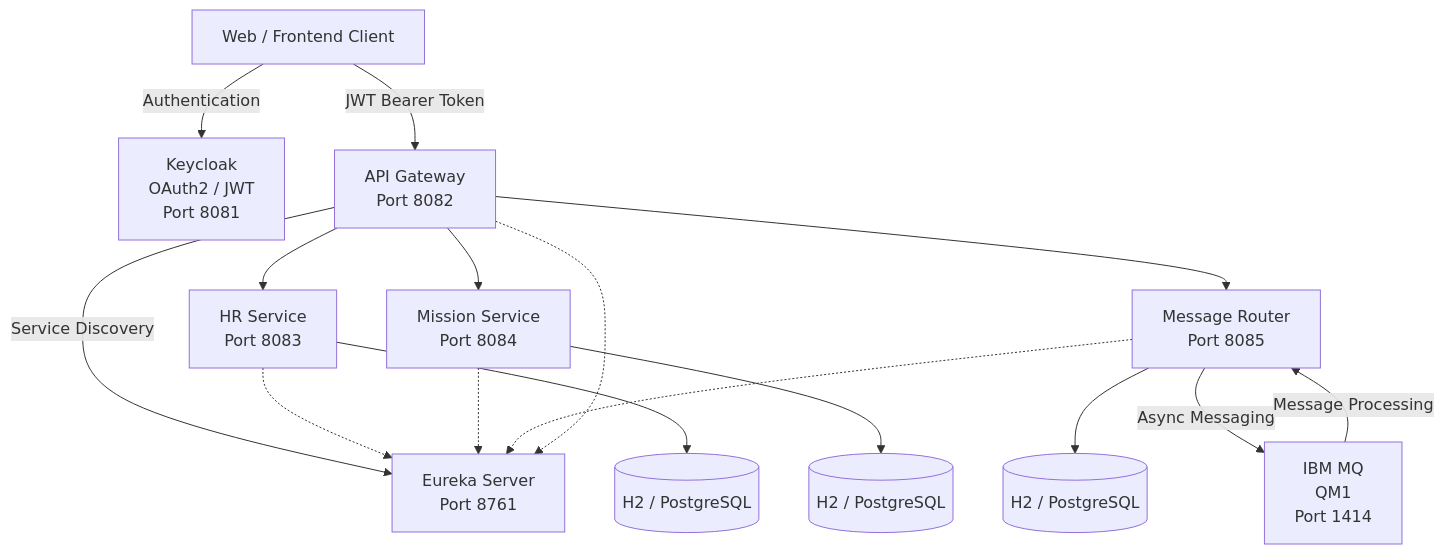
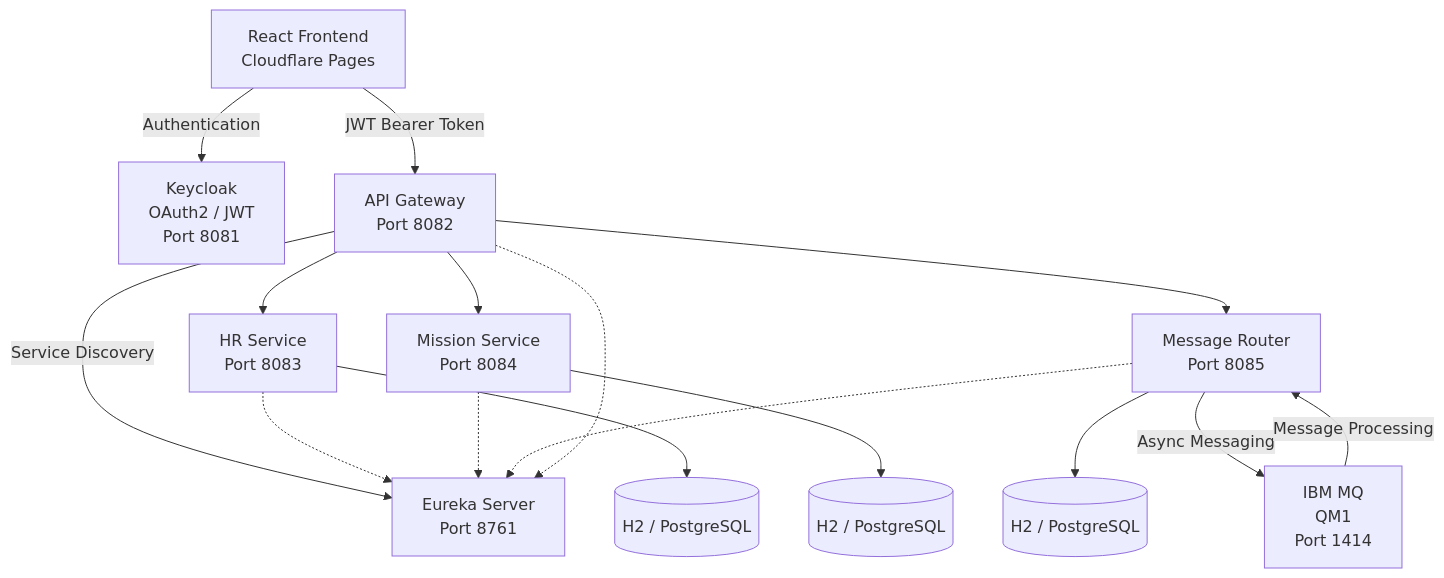
One commit to youssefJmaiel/bankapp-microservice changed the diagram in README.md. Above: the diagram before and after it, drawn with Mermaid. The commit also changed other lines of this file, not shown here.

````diff
--- a/README.md
+++ b/README.md
@@ -43,41 +61,41 @@
 ```mermaid
 flowchart TB
 
-    Client["Web / Frontend Client"]
+    Client["React Frontend<br/>Cloudflare Pages"]
 
     KC["Keycloak<br/>OAuth2 / JWT<br/>Port 8081"]
 
     GW["API Gateway<br/>Port 8082"]
 
     EUREKA["Eureka Server<br/>Port 8761"]
 
     HR["HR Service<br/>Port 8083"]
     MISSION["Mission Service<br/>Port 8084"]
     MSG["Message Router<br/>Port 8085"]
 
     MQ["IBM MQ<br/>QM1<br/>Port 1414"]
 
     HRDB[("H2 / PostgreSQL")]
     MISSIONDB[("H2 / PostgreSQL")]
     MSGDB[("H2 / PostgreSQL")]
 
     Client -->|JWT Bearer Token| GW
     Client -->|Authentication| KC
 
     GW -->|Service Discovery| EUREKA
     GW --> HR
     GW --> MISSION
     GW --> MSG
 
     HR --> HRDB
     MISSION --> MISSIONDB
     MSG --> MSGDB
 
     MSG -->|Async Messaging| MQ
     MQ -->|Message Processing| MSG
 
     HR -.-> EUREKA
     MISSION -.-> EUREKA
     MSG -.-> EUREKA
     GW -.-> EUREKA
 ```
````
